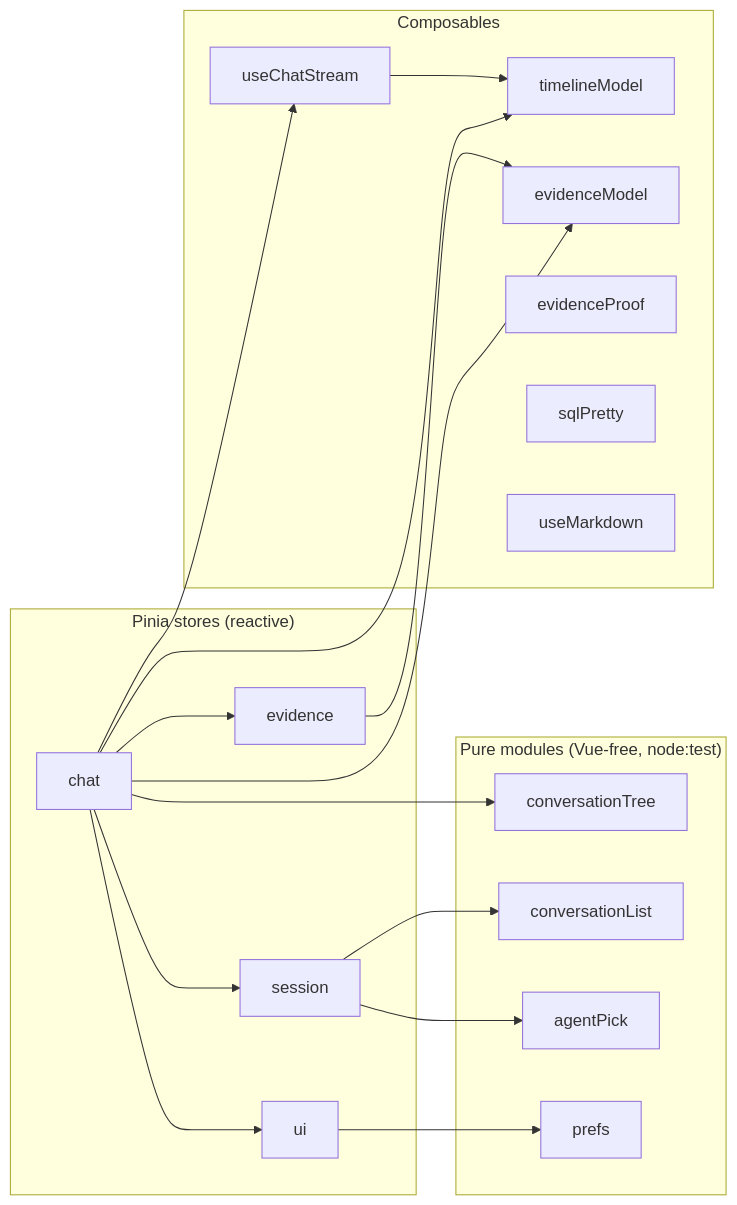
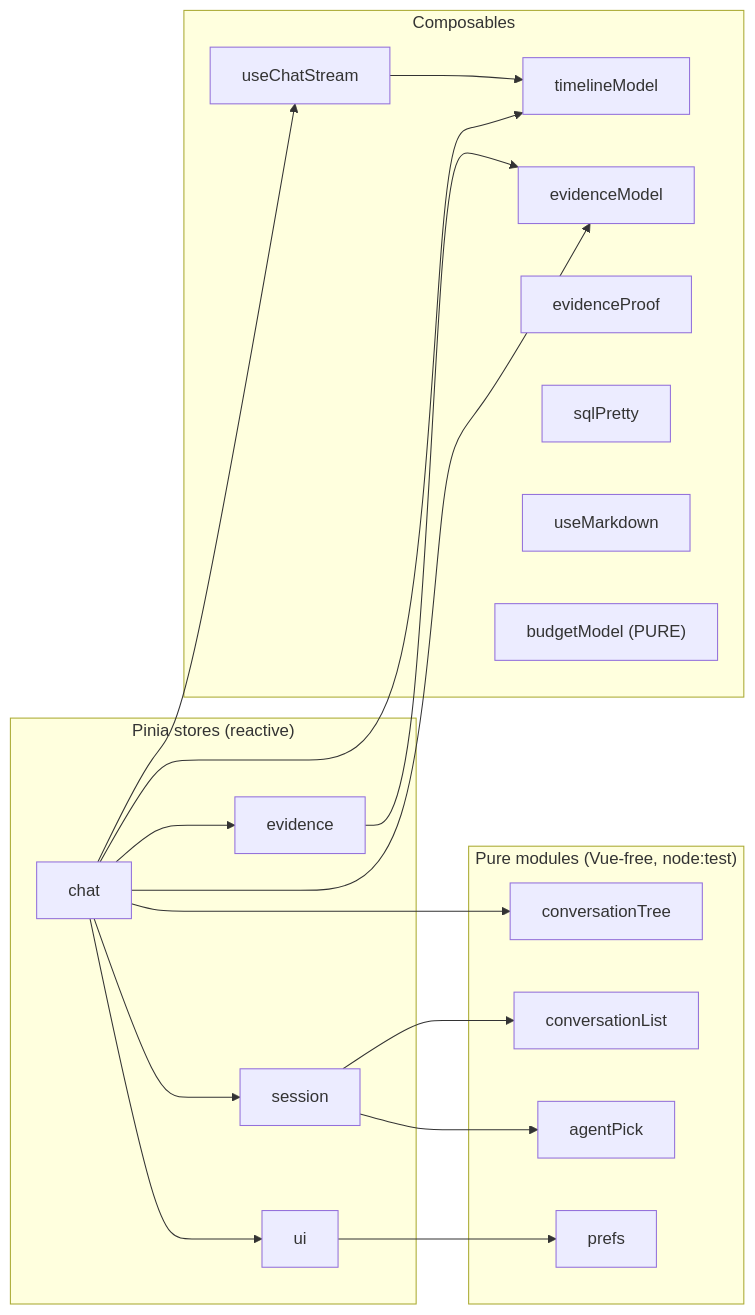
Before and after one commit to SAIDCHAOUI/owismind-system: the first of 2 diagrams in project-documentation/03-frontend/02-state-and-stores.md, drawn with Mermaid. The commit also changed other lines of this file and 66 other files, not shown here.

````diff
--- a/project-documentation/03-frontend/02-state-and-stores.md
+++ b/project-documentation/03-frontend/02-state-and-stores.md
@@ -39,35 +39,36 @@
 ```mermaid
 flowchart LR
   subgraph stores["Pinia stores (reactive)"]
     chat["chat"]
     session["session"]
     evidence["evidence"]
     ui["ui"]
   end
   subgraph pure["Pure modules (Vue-free, node:test)"]
     tree["conversationTree"]
     list["conversationList"]
     apick["agentPick"]
     prefs["prefs"]
   end
   subgraph comp["Composables"]
     stream["useChatStream"]
     tmodel["timelineModel"]
     emodel["evidenceModel"]
     eproof["evidenceProof"]
     sql["sqlPretty"]
     md["useMarkdown"]
+    budget["budgetModel (PURE)"]
   end
   chat --> tree
   chat --> stream
   chat --> tmodel
   chat --> emodel
   chat --> session
   chat --> evidence
   chat --> ui
   session --> list
   session --> apick
   evidence --> emodel
   ui --> prefs
   stream --> tmodel
 ```
````
